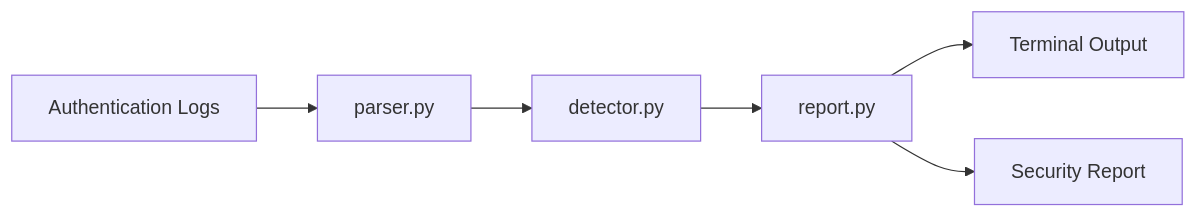
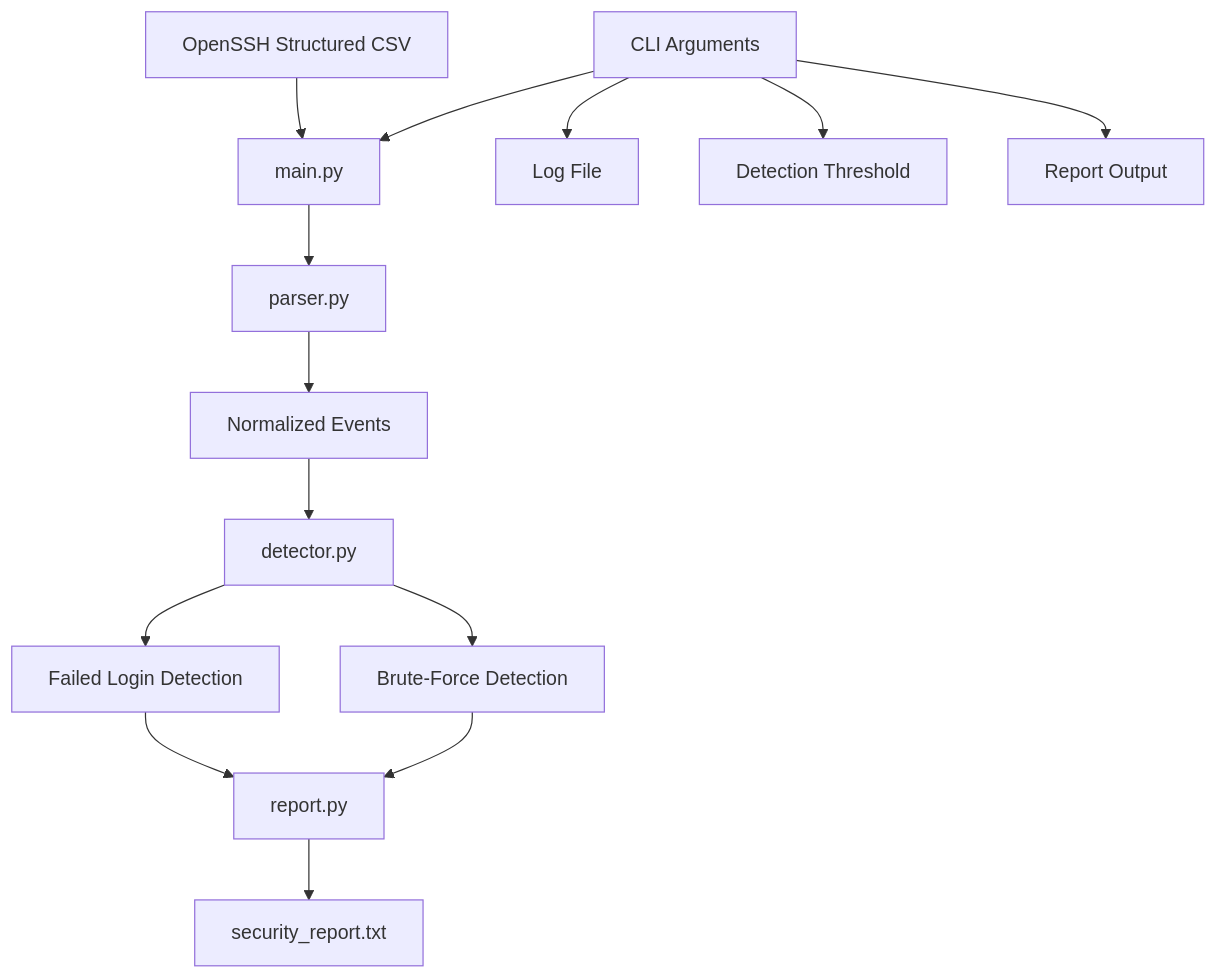
Before and after one commit to sujal2005code/Python-SOC-Log-Analyzer: the first of 5 diagrams in README.md, drawn with Mermaid. The commit also changed other lines of this file, not shown here.

````diff
--- a/README.md
+++ b/README.md
@@ -49,14 +68,17 @@
-```mermaid
-flowchart LR
+``` mermaid
+flowchart TD
+    A[OpenSSH Structured CSV] --> B[main.py]
+    B --> C[parser.py]
+    C --> D[Normalized Events]
+    D --> E[detector.py]
+    E --> F[Failed Login Detection]
+    E --> G[Brute-Force Detection]
+    F --> H[report.py]
+    G --> H
+    H --> I[security_report.txt]
 
-A[Authentication Logs]
---> B[parser.py]
-
-B --> C[detector.py]
-
-C --> D[report.py]
-
-D --> E[Terminal Output]
-
-D --> F[Security Report]
+    J[CLI Arguments] --> B
+    J --> K[Log File]
+    J --> L[Detection Threshold]
+    J --> M[Report Output]
 ```
````
